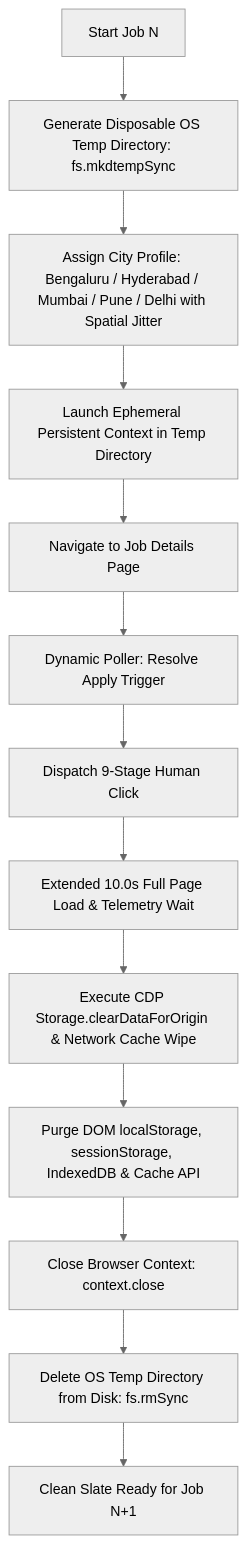
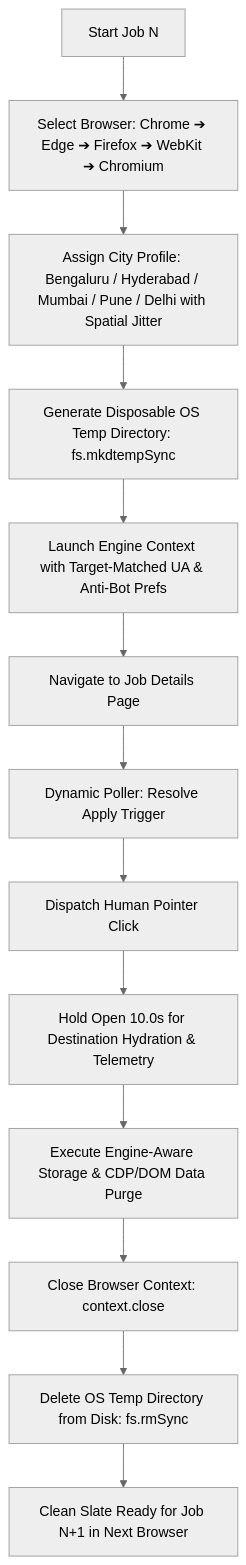
One commit to Naman-mahi/zero-footprint changed the diagram in docs/playwright-runner.md. Above: the diagram before and after it, drawn with Mermaid (neutral theme). The commit also changed other lines of this file and 2 other files, not shown here.

Commit message:
feat: add Playwright multi-browser automation runner with disposable profile support and geo-rotation

````diff
--- a/docs/playwright-runner.md
+++ b/docs/playwright-runner.md
@@ -11,15 +19,15 @@
 ```mermaid
 flowchart TD
-    A[Start Job N] --> B[Generate Disposable OS Temp Directory: fs.mkdtempSync]
+    A[Start Job N] --> B[Select Browser: Chrome ➔ Edge ➔ Firefox ➔ WebKit ➔ Chromium]
     B --> C[Assign City Profile: Bengaluru / Hyderabad / Mumbai / Pune / Delhi with Spatial Jitter]
-    C --> D[Launch Ephemeral Persistent Context in Temp Directory]
-    D --> E[Navigate to Job Details Page]
-    E --> F[Dynamic Poller: Resolve Apply Trigger]
-    F --> G[Dispatch 9-Stage Human Click]
-    G --> H[Extended 10.0s Full Page Load & Telemetry Wait]
-    H --> I[Execute CDP Storage.clearDataForOrigin & Network Cache Wipe]
-    I --> J[Purge DOM localStorage, sessionStorage, IndexedDB & Cache API]
+    C --> D[Generate Disposable OS Temp Directory: fs.mkdtempSync]
+    D --> E[Launch Engine Context with Target-Matched UA & Anti-Bot Prefs]
+    E --> F[Navigate to Job Details Page]
+    F --> G[Dynamic Poller: Resolve Apply Trigger]
+    G --> H[Dispatch Human Pointer Click]
+    H --> I[Hold Open 10.0s for Destination Hydration & Telemetry]
+    I --> J[Execute Engine-Aware Storage & CDP/DOM Data Purge]
     J --> K[Close Browser Context: context.close]
     K --> L[Delete OS Temp Directory from Disk: fs.rmSync]
-    L --> M[Clean Slate Ready for Job N+1]
+    L --> M[Clean Slate Ready for Job N+1 in Next Browser]
 ```
````
